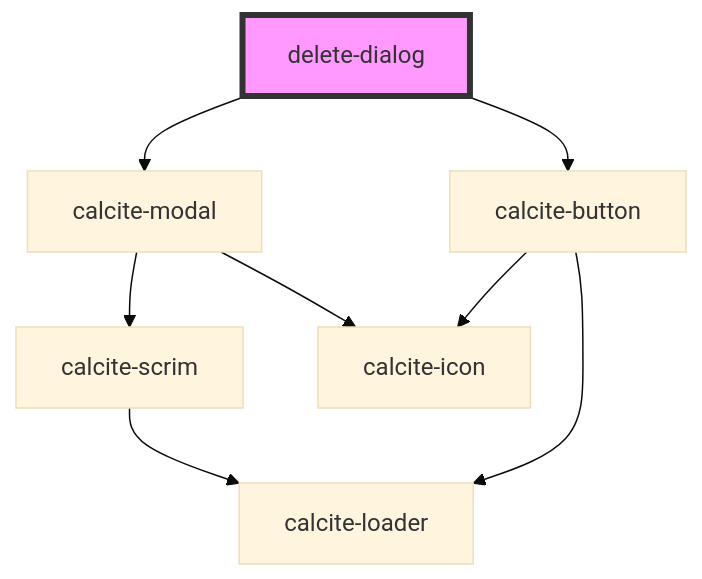
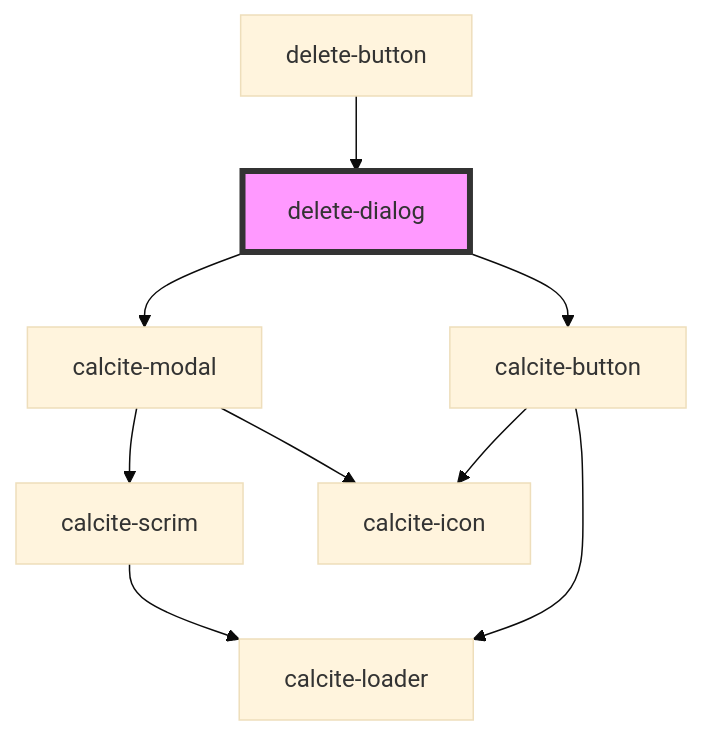
One commit to Esri/solutions-components changed the diagram in src/components/delete-dialog/readme.md. Above: the diagram before and after it, drawn with Mermaid (base theme). The commit also changed other lines of this file and 51 other files, not shown here.

Commit message:
add strings and show dialog from delete-button

````diff
--- a/src/components/delete-dialog/readme.md
+++ b/src/components/delete-dialog/readme.md
@@ -32,11 +37,12 @@
 ```mermaid
 graph TD;
   delete-dialog --> calcite-modal
   delete-dialog --> calcite-button
   calcite-modal --> calcite-scrim
   calcite-modal --> calcite-icon
   calcite-scrim --> calcite-loader
   calcite-button --> calcite-loader
   calcite-button --> calcite-icon
+  delete-button --> delete-dialog
   style delete-dialog fill:#f9f,stroke:#333,stroke-width:4px
 ```
````
